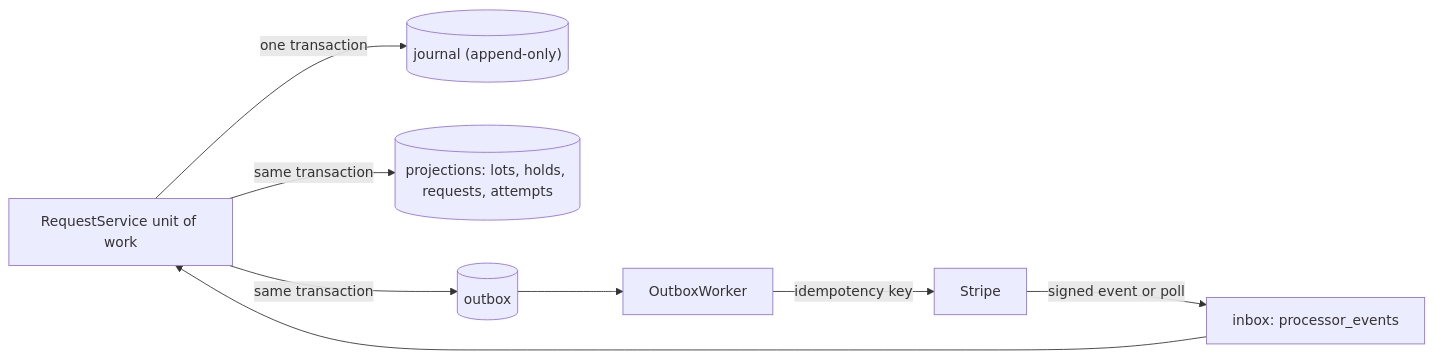
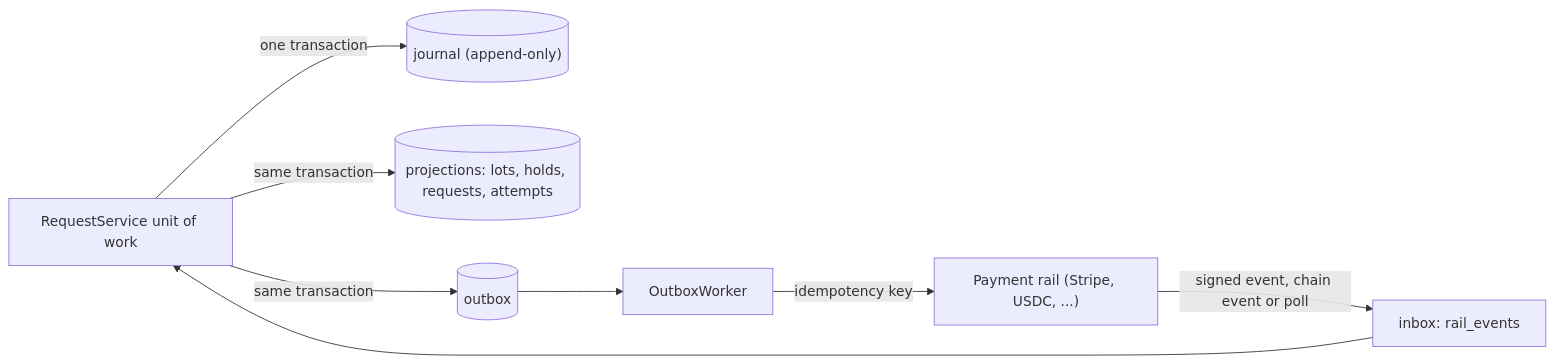
One commit to qzyu999/inference-exchange changed the sixth of 7 diagrams in docs/design/paid-path-architecture.md. Above: the diagram before and after it, drawn with Mermaid. The commit also changed other lines of this file, not shown here.

Commit message:
docs: make paid-path payment rails agnostic (#305)

````diff
--- a/docs/design/paid-path-architecture.md
+++ b/docs/design/paid-path-architecture.md
@@ -553,10 +624,10 @@
 ```mermaid
 flowchart LR
     Cmd["RequestService unit of work"] -->|"one transaction"| J[("journal (append-only)")]
     Cmd -->|"same transaction"| P[("projections: lots, holds, requests, attempts")]
     Cmd -->|"same transaction"| O[("outbox")]
     O --> W["OutboxWorker"]
-    W -->|"idempotency key"| Ext["Stripe"]
-    Ext -->|"signed event or poll"| In["inbox: processor_events"]
+    W -->|"idempotency key"| Ext["Payment rail (Stripe, USDC, ...)"]
+    Ext -->|"signed event, chain event or poll"| In["inbox: rail_events"]
     In --> Cmd
 ```
````
